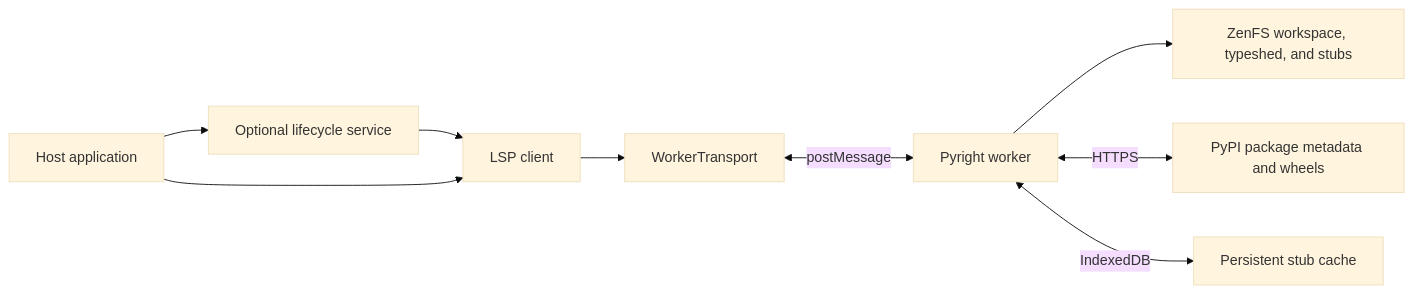
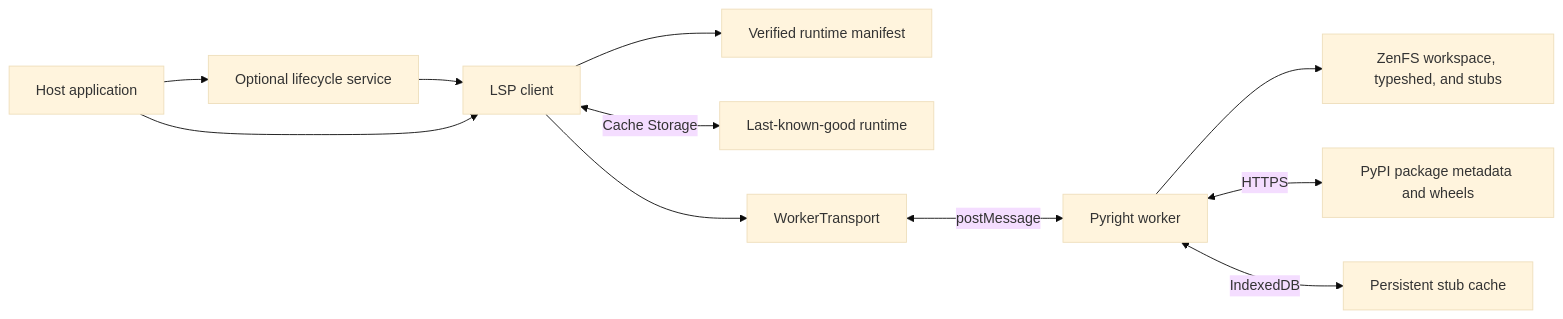
The diagram in docs/api/overview.md (Josverl/stubs_playground), drawn with Mermaid (base theme) before and after one commit. The commit also changed other lines of this file and 1 other file, not shown here.

First line of the commit message:
docs: document runtime selection consumers

````diff
--- a/docs/api/overview.md
+++ b/docs/api/overview.md
@@ -5,11 +5,13 @@
 ```{mermaid}
 flowchart LR
     Host[Host application] --> Service[Optional lifecycle service]
     Service --> Client[LSP client]
     Host --> Client
+    Client --> Manifest[Verified runtime manifest]
+    Client <-->|Cache Storage| RuntimeCache[Last-known-good runtime]
     Client --> Transport[WorkerTransport]
     Transport <-->|postMessage| Worker[Pyright worker]
     Worker --> VFS[ZenFS workspace, typeshed, and stubs]
     Worker <-->|HTTPS| PyPI[PyPI package metadata and wheels]
     Worker <-->|IndexedDB| Cache[Persistent stub cache]
 ```
````
